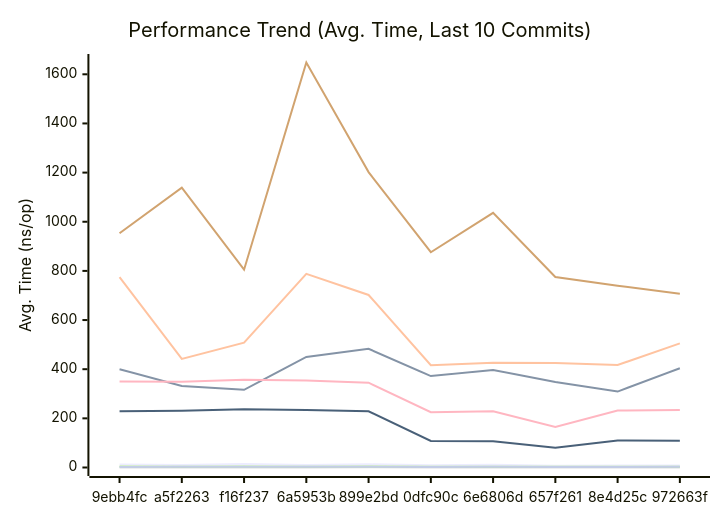
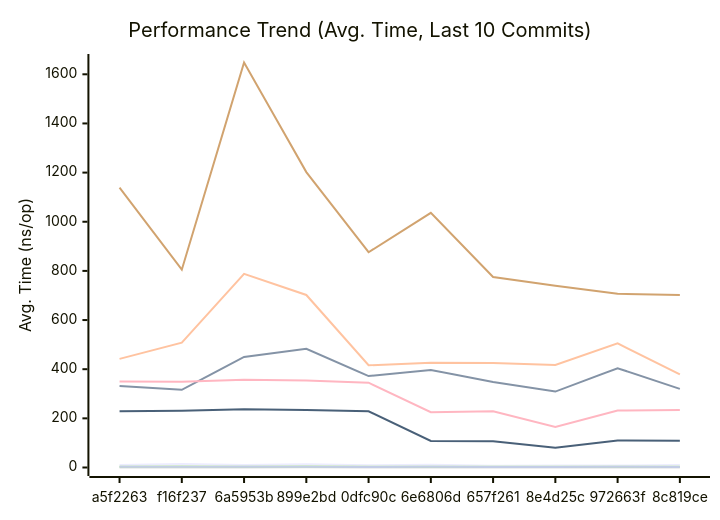
Before and after one commit to alsotoes/momo: the first of 3 diagrams in docs/PERFORMANCE.md, drawn with Mermaid. The commit also changed other lines of this file and 4 other files, not shown here.

````diff
--- a/docs/PERFORMANCE.md
+++ b/docs/PERFORMANCE.md
@@ -80,16 +80,16 @@
 ```mermaid
 xychart-beta
     title "Performance Trend (Avg. Time, Last 10 Commits)"
     x-axis "Commit"
     y-axis "Avg. Time (ns/op)"
-    x-axis [9ebb4fc,a5f2263,f16f237,6a5953b,899e2bd,0dfc90c,6e6806d,657f261,8e4d25c,972663f]
-    line "CheckMetricsAndSwap" [12,10,14,10,13,9,11,7,8,8]
-    line "CrushOptimized" [400,332,316,450,483,372,397,348,309,404]
-    line "CrushOriginal" [775,442,508,788,702,416,426,425,417,505]
-    line "IndexDirectTracking" [0,0,0,0,1,0,0,0,0,0]
-    line "IndexSearch" [4,3,4,3,4,3,3,3,3,3]
-    line "LoadGlobalConfig" [953,1139,805,1648,1202,876,1036,775,740,707]
-    line "PadString" [2,3,3,3,3,2,3,2,2,3]
+    x-axis [a5f2263,f16f237,6a5953b,899e2bd,0dfc90c,6e6806d,657f261,8e4d25c,972663f,8c819ce]
+    line "CheckMetricsAndSwap" [10,14,10,13,9,11,7,8,8,10]
+    line "CrushOptimized" [332,316,450,483,372,397,348,309,404,320]
+    line "CrushOriginal" [442,508,788,702,416,426,425,417,505,379]
+    line "IndexDirectTracking" [0,0,0,1,0,0,0,0,0,0]
+    line "IndexSearch" [3,4,3,4,3,3,3,3,3,3]
+    line "LoadGlobalConfig" [1139,805,1648,1202,876,1036,775,740,707,702]
+    line "PadString" [3,3,3,3,2,3,2,2,3,2]
     line "ParseReplicationOrder_NoPrealloc" [350,349,357,354,345,225,229,165,232,234]
     line "ParseReplicationOrder_Prealloc" [229,231,237,234,229,108,107,80,110,109]
 ```
````
